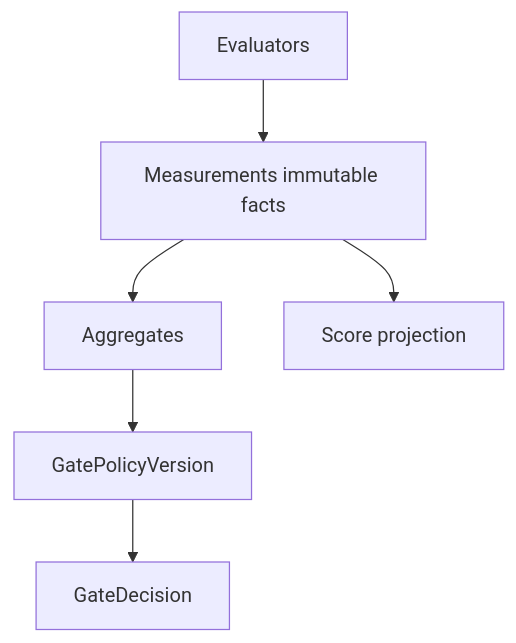
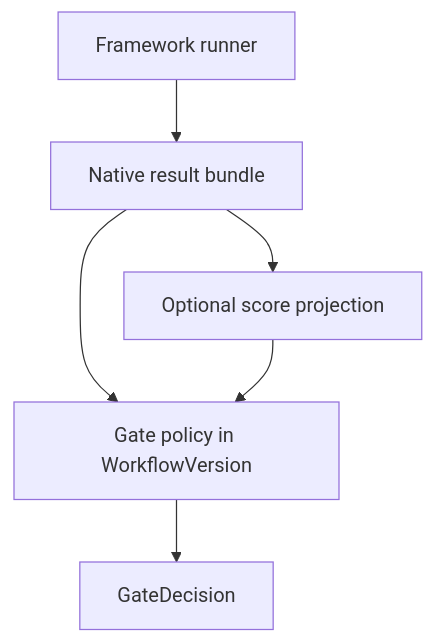
Before and after one commit to softprobe/document-website: the diagram in en/evaluation/concepts/scores-and-gates.md, drawn with Mermaid. The commit also changed other lines of this file and 57 other files, not shown here.

````diff
--- a/en/evaluation/concepts/scores-and-gates.md
+++ b/en/evaluation/concepts/scores-and-gates.md
@@ -67,13 +69,13 @@
 ```mermaid
 flowchart TB
-  Eval[Evaluators]
-  Meas[Measurements immutable facts]
-  Agg[Aggregates]
-  GateP[GatePolicyVersion]
-  Dec[GateDecision]
-  Proj[Score projection]
-  Eval --> Meas
-  Meas --> Agg
-  Meas --> Proj
-  Agg --> GateP --> Dec
+  Runner[Framework runner]
+  Native[Native result bundle]
+  Proj[Optional score projection]
+  GateP[Gate policy in WorkflowVersion]
+  GD[GateDecision]
+  Runner --> Native
+  Native --> Proj
+  Native --> GateP
+  Proj --> GateP
+  GateP --> GD
 ```
````
